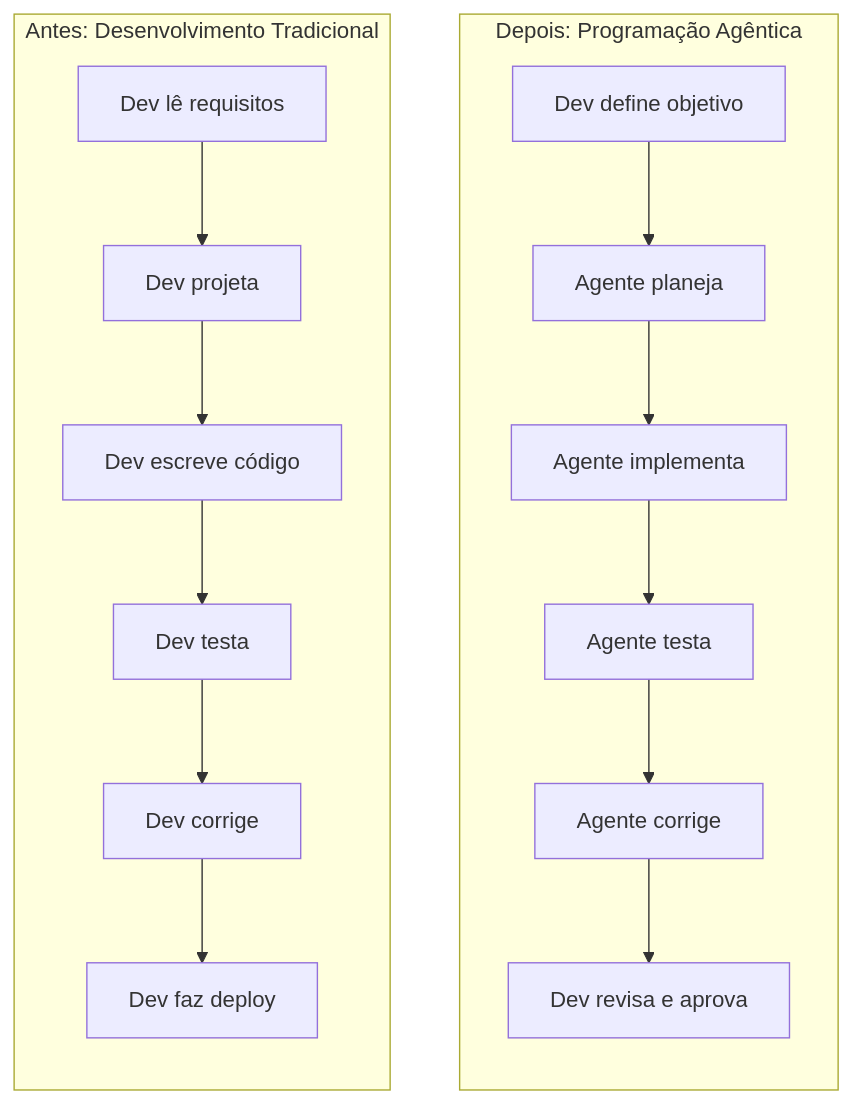
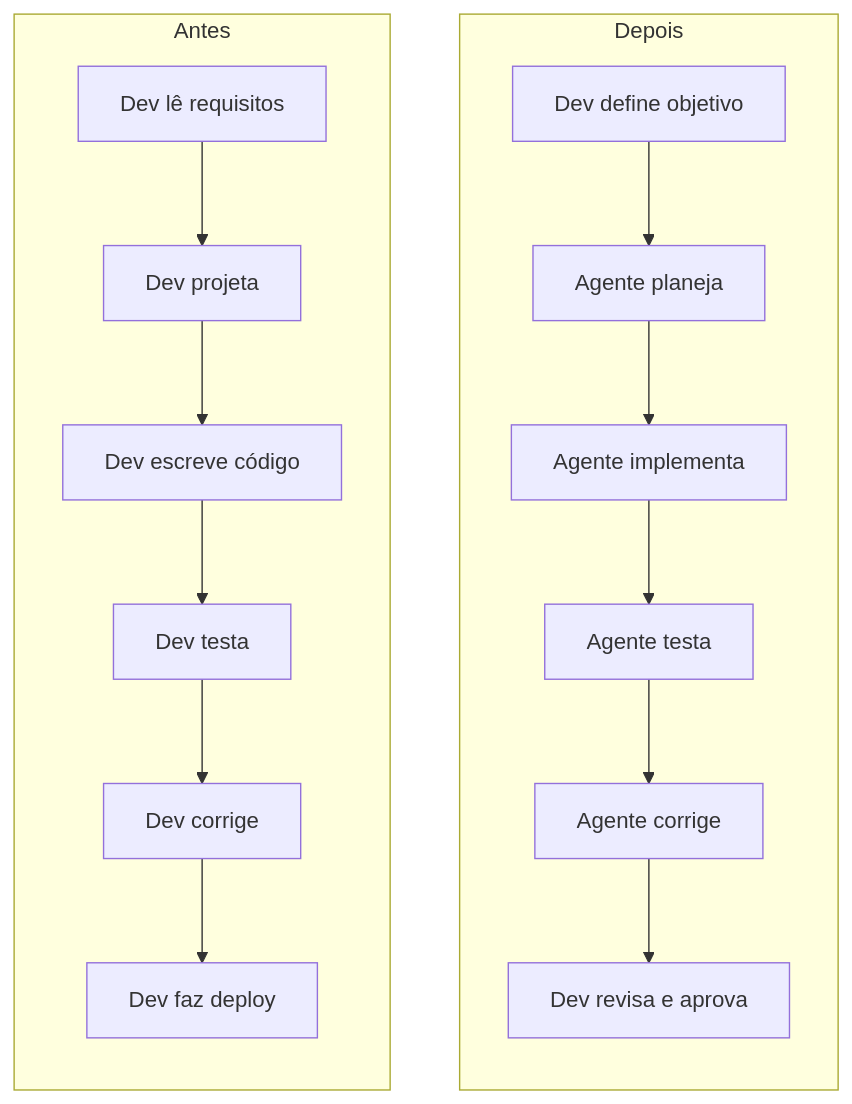
One commit to rsicarelli/claude-code-10x changed the fourth of 5 diagrams in posts/101/part1/pt-br.md. Above: the diagram before and after it, drawn with Mermaid. The commit also changed 1 other file, not shown here.

Commit message:
fix: shorten before/after diagram labels to prevent text clipping

````diff
--- a/posts/101/part1/pt-br.md
+++ b/posts/101/part1/pt-br.md
@@ -228,22 +228,22 @@
 ```mermaid
 flowchart LR
-    subgraph antes ["Antes: Desenvolvimento Tradicional"]
+    subgraph antes ["Antes"]
         direction TB
         A1["Dev lê requisitos"] --> A2["Dev projeta"]
         A2 --> A3["Dev escreve código"]
         A3 --> A4["Dev testa"]
         A4 --> A5["Dev corrige"]
         A5 --> A6["Dev faz deploy"]
     end
 
-    subgraph depois ["Depois: Programação Agêntica"]
+    subgraph depois ["Depois"]
         direction TB
         B1["Dev define objetivo"] --> B2["Agente planeja"]
         B2 --> B3["Agente implementa"]
         B3 --> B4["Agente testa"]
         B4 --> B5["Agente corrige"]
         B5 --> B6["Dev revisa e aprova"]
     end
 
     antes ~~~ depois
 ```
````
